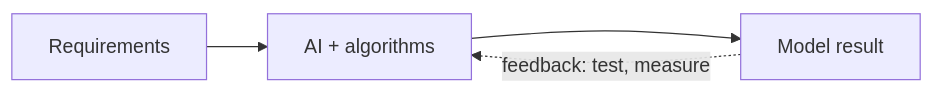
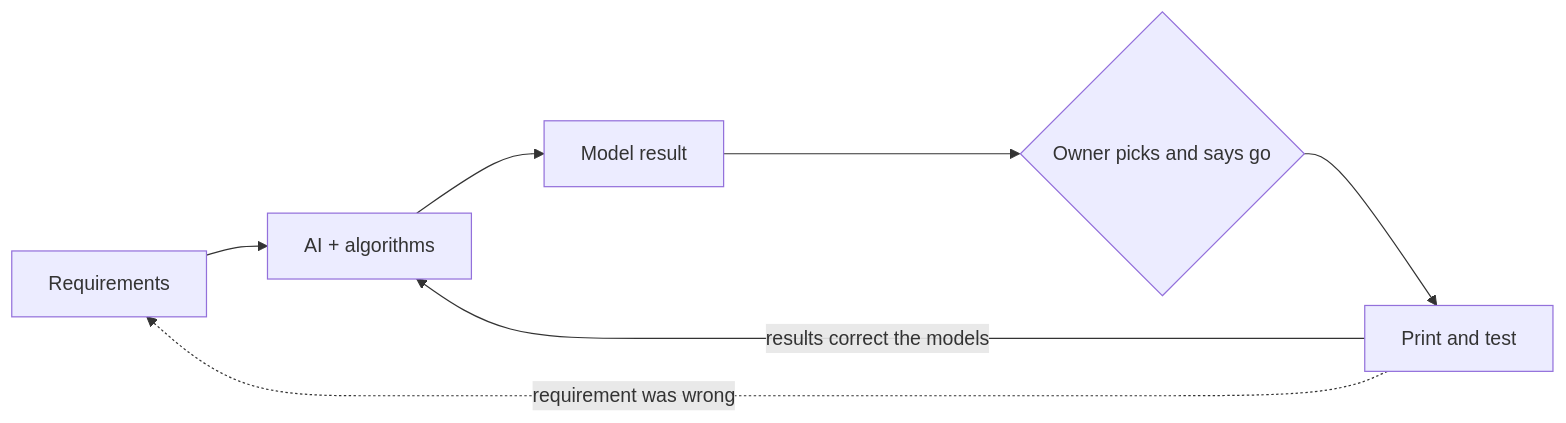
The diagram in README.md (mayphus/gendesign), drawn with Mermaid before and after one commit. The commit also changed other lines of this file and 9 other files, not shown here.

````diff
--- a/README.md
+++ b/README.md
@@ -5,6 +5,9 @@
 ```mermaid
 flowchart LR
     I[Requirements] --> P[AI + algorithms]
     P --> O[Model result]
-    O -. feedback: test, measure .-> P
+    O --> Y{Owner picks and says go}
+    Y --> T[Print and test]
+    T -- results correct the models --> P
+    T -. requirement was wrong .-> I
 ```
````
